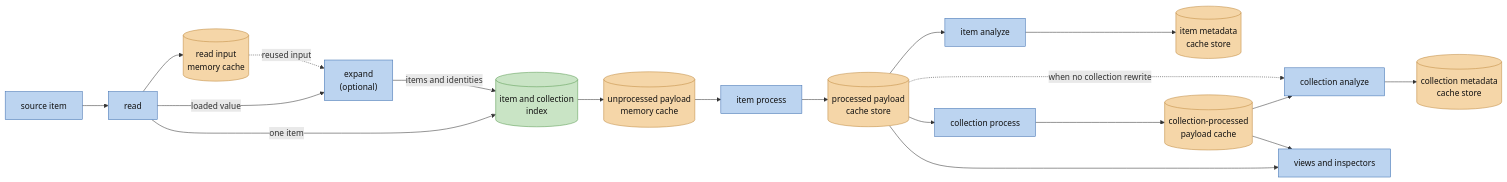
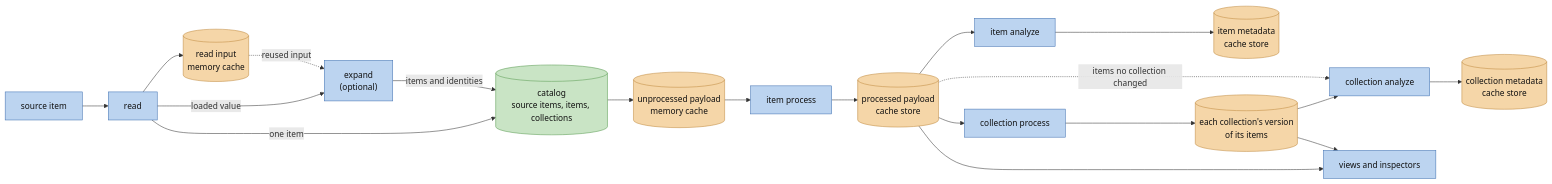
One commit to digiefel/DataBrowser changed the second of 5 diagrams in docs/ARCHITECTURE.md. Above: the diagram before and after it, drawn with Mermaid. The commit also changed other lines of this file and 3 other files, not shown here.

First line of the commit message:
Describe the catalog and collection versions in the architecture and roadmap

````diff
--- a/docs/ARCHITECTURE.md
+++ b/docs/ARCHITECTURE.md
@@ -107,44 +107,44 @@
 ```mermaid
 flowchart LR
     source["source item"]
     read["read"]
     read_cache[("read input<br/>memory cache")]
     expand["expand<br/>(optional)"]
-    index[("item and collection<br/>index")]
+    index[("catalog<br/>source items, items, collections")]
     unprocessed[("unprocessed payload<br/>memory cache")]
     item_process["item process"]
     processed[("processed payload<br/>cache store")]
     item_analyze["item analyze"]
     item_metadata[("item metadata<br/>cache store")]
     collection_process["collection process"]
-    collection_payload[("collection-processed<br/>payload cache")]
+    collection_payload[("each collection's version<br/>of its items")]
     collection_analyze["collection analyze"]
     collection_metadata[("collection metadata<br/>cache store")]
     views["views and inspectors"]
 
     source --> read
     read -->|"one item"| index
     read -->|"loaded value"| expand
     read --> read_cache
     read_cache -.->|"reused input"| expand
     expand -->|"items and identities"| index
     index --> unprocessed
     unprocessed --> item_process
     item_process --> processed
     processed --> item_analyze
     item_analyze --> item_metadata
     processed --> collection_process
     collection_process --> collection_payload
     collection_payload --> collection_analyze
-    processed -.->|"when no collection rewrite"| collection_analyze
+    processed -.->|"items no collection changed"| collection_analyze
     collection_analyze --> collection_metadata
     processed --> views
     collection_payload --> views
 
     classDef stage fill:#bcd4f0,stroke:#3f6fb0,color:#111
     classDef state fill:#f5d6a8,stroke:#c08a3f,color:#111
     classDef output fill:#c9e4c5,stroke:#5a9a52,color:#111
     class source,read,expand,item_process,item_analyze,collection_process,collection_analyze,views stage
     class read_cache,unprocessed,processed,item_metadata,collection_payload,collection_metadata state
     class index output
 ```
````
